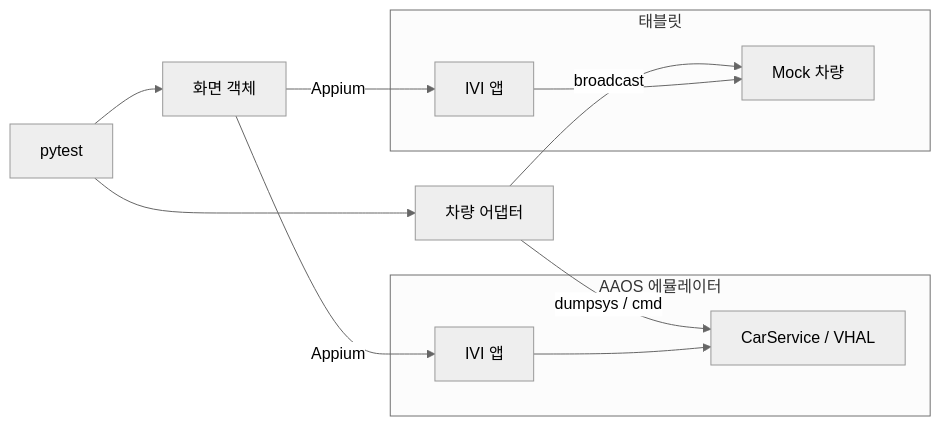
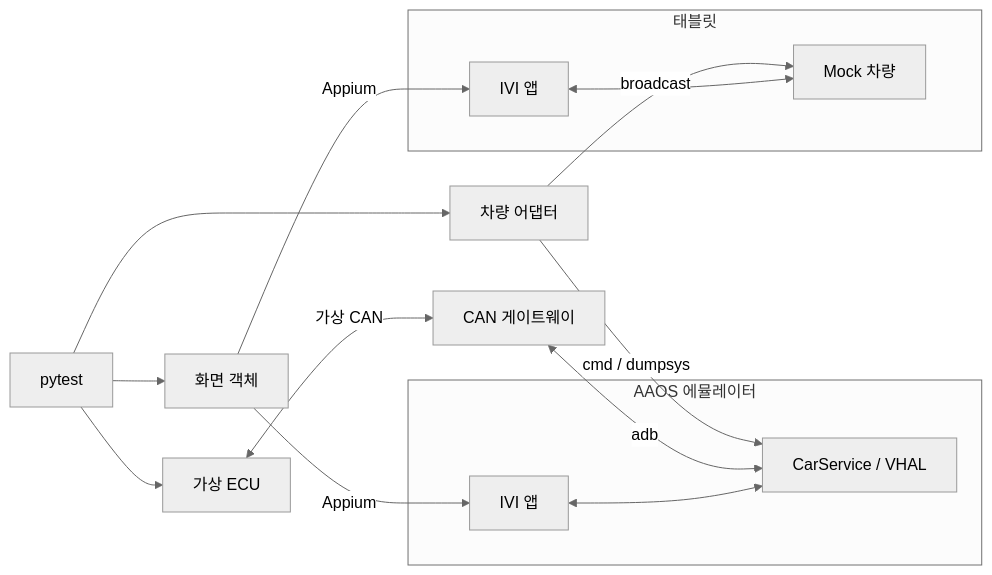
One commit to bugspeaker/opencabin-ivi changed the first of 2 diagrams in docs/portfolio.md. Above: the diagram before and after it, drawn with Mermaid (neutral theme). The commit also changed other lines of this file and 329 other files, not shown here.

````diff
--- a/docs/portfolio.md
+++ b/docs/portfolio.md
@@ -78,15 +83,18 @@
 ```mermaid
 flowchart LR
     T[pytest] --> S[화면 객체]
     T --> V[차량 어댑터]
+    T --> E[가상 ECU]
     S -->|Appium| A1
     S -->|Appium| B1
-    V -->|dumpsys / cmd| A2
+    V -->|cmd / dumpsys| A2
     V -->|broadcast| B2
+    E <-->|가상 CAN| G[CAN 게이트웨이]
+    G <-->|adb| A2
     subgraph AAOS[AAOS 에뮬레이터]
-        A1[IVI 앱] --> A2[CarService / VHAL]
+        A1[IVI 앱] <--> A2[CarService / VHAL]
     end
     subgraph TAB[태블릿]
-        B1[IVI 앱] --> B2[Mock 차량]
+        B1[IVI 앱] <--> B2[Mock 차량]
     end
 ```
````
